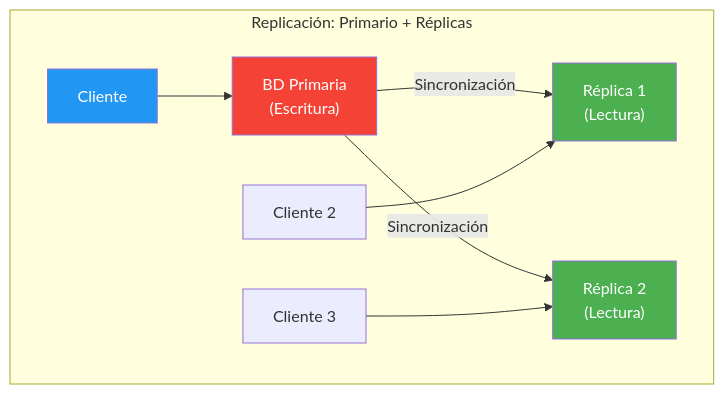
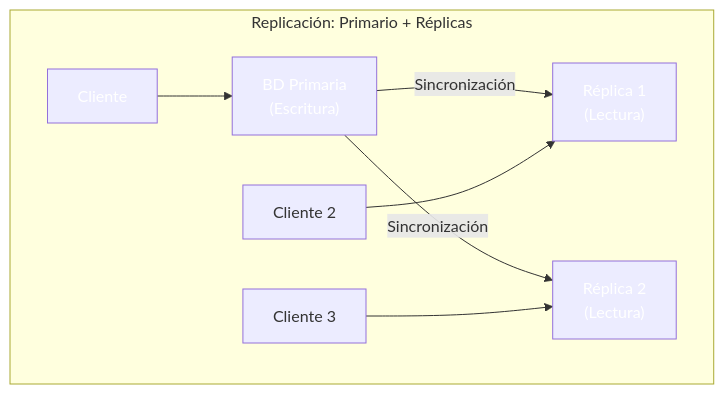
Before and after one commit to joseluisgs/DesarrolloWebEntornosServidor-01-2026-2027: the seventh of 14 diagrams in 21-sql-nosql.md, drawn with Mermaid. The commit also changed other lines of this file and 66 other files, not shown here.

First line of the commit message:
fix: normalizar titulos al castellano de frase y corregir la paleta de mermaid

````diff
--- a/21-sql-nosql.md
+++ b/21-sql-nosql.md
@@ -1231,15 +1231,15 @@
 ```mermaid
 graph TB
     subgraph REPLICACION["Replicación: Primario + Réplicas"]
         C["Cliente"] --> P["BD Primaria<br/>(Escritura)"]
         P -->|"Sincronización"| R1["Réplica 1<br/>(Lectura)"]
         P -->|"Sincronización"| R2["Réplica 2<br/>(Lectura)"]
         C2["Cliente 2"] --> R1
         C3["Cliente 3"] --> R2
     end
 
-    style C fill:#2196F3,color:#fff
-    style P fill:#f44336,color:#fff
-    style R1 fill:#4CAF50,color:#fff
-    style R2 fill:#4CAF50,color:#fff
+    style C fill:#2196F,color:#fff3,color:#fff
+    style P fill:#f4433,color:#fff6,color:#fff
+    style R1 fill:#4CAF5,color:#fff0,color:#fff
+    style R2 fill:#4CAF5,color:#fff0,color:#fff
 ```
````
